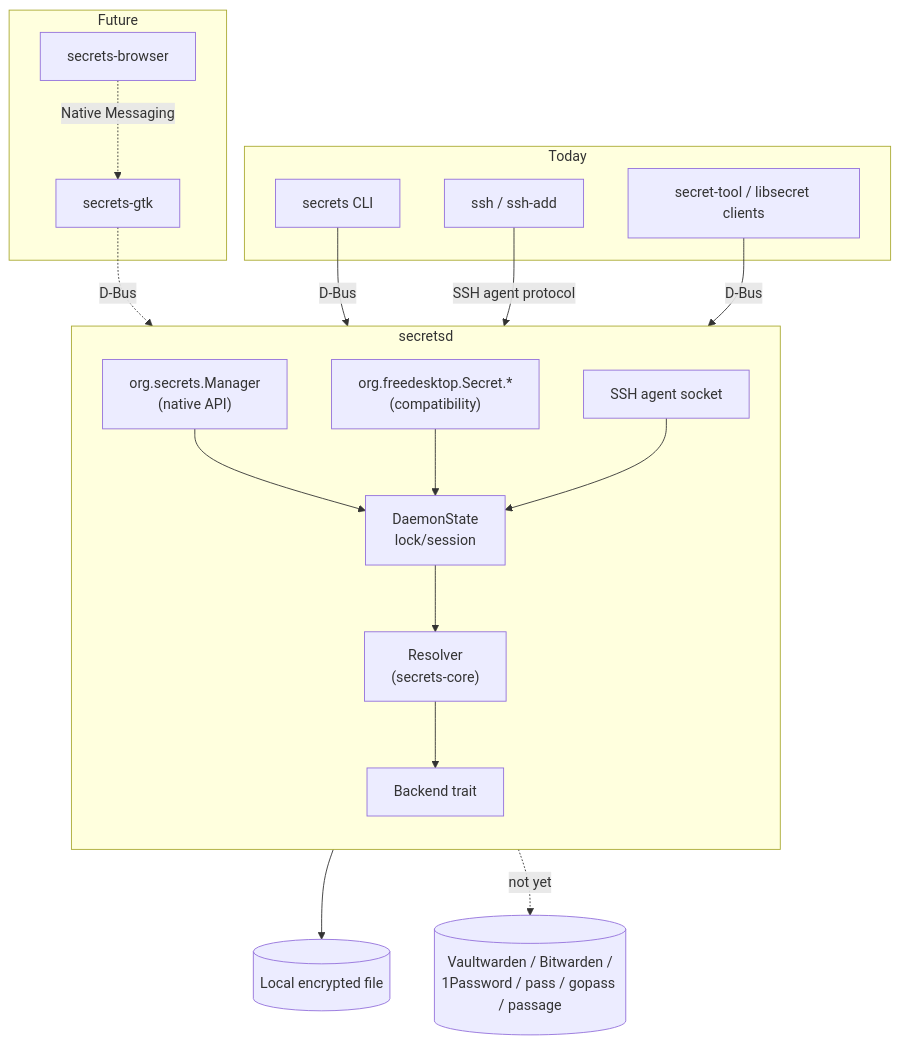
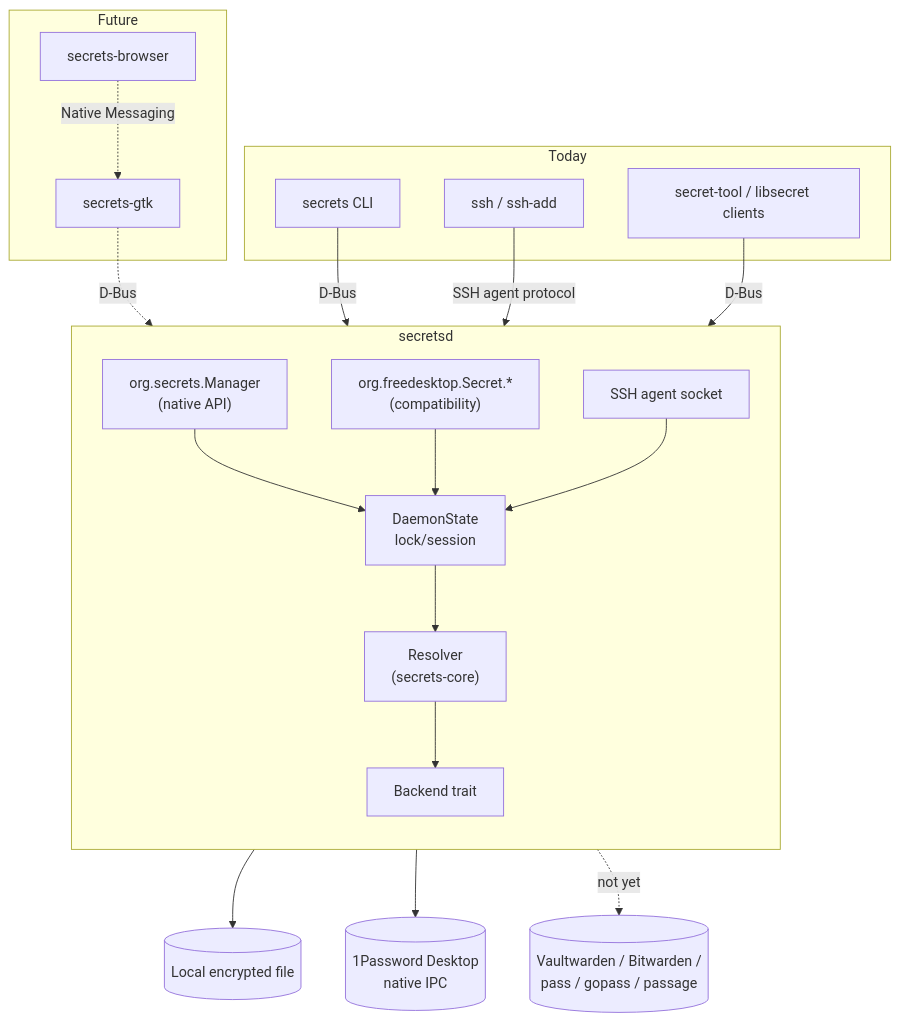
The diagram in docs/architecture/overview.md (noirbizarre/secrets), drawn with Mermaid before and after one commit. The commit also changed other lines of this file and 5 other files, not shown here.

````diff
--- a/docs/architecture/overview.md
+++ b/docs/architecture/overview.md
@@ -9,40 +9,42 @@
 ```mermaid
 flowchart TB
     subgraph Today
         cli[secrets CLI]
         ssh[ssh / ssh-add]
         st[secret-tool / libsecret clients]
     end
 
     subgraph Future
         gtk[secrets-gtk]
         browser[secrets-browser]
     end
 
     subgraph secretsd
         direction TB
         manager["org.secrets.Manager\n(native API)"]
         ss["org.freedesktop.Secret.*\n(compatibility)"]
         agent[SSH agent socket]
         state[DaemonState\nlock/session]
         resolver["Resolver<br/>(secrets-core)"]
         backend[Backend trait]
     end
 
     local[(Local encrypted file)]
-    future[(Vaultwarden / Bitwarden /<br/>1Password / pass / gopass / passage)]
+    onepassword[(1Password Desktop<br/>native IPC)]
+    future[(Vaultwarden / Bitwarden /<br/>pass / gopass / passage)]
 
     cli -- D-Bus --> manager
     gtk -. D-Bus .-> manager
     browser -. Native Messaging .-> gtk
     ssh -- SSH agent protocol --> agent
     st -- D-Bus --> ss
 
     manager --> state
     ss --> state
     agent --> state
     state --> resolver
     resolver --> backend
     backend --> local
+    backend --> onepassword
     backend -. not yet .-> future
 ```
````
